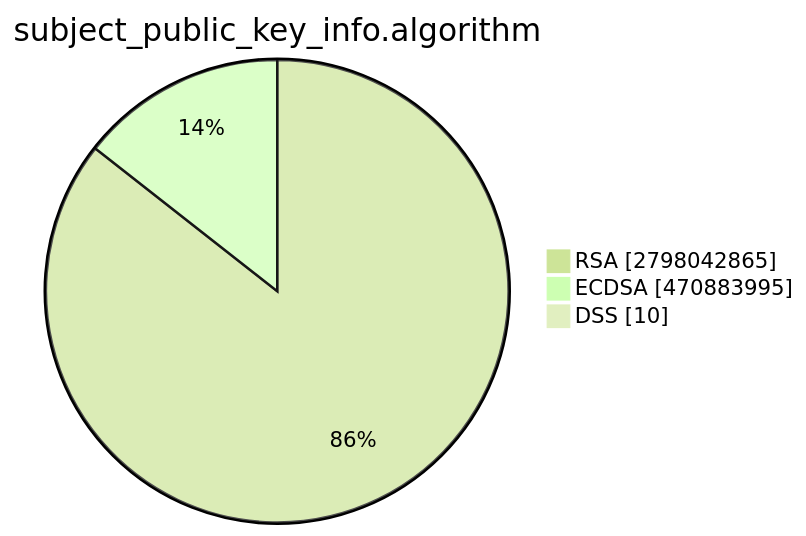
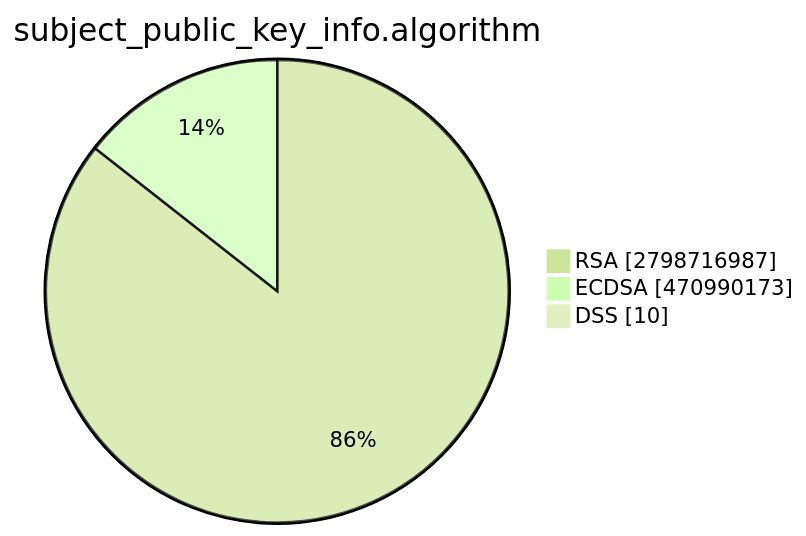
The second of 15 diagrams in TOTAL/README.md (christiankrug/ctmonitor_visualization), drawn with Mermaid (forest theme) before and after one commit. The commit also changed other lines of this file, not shown here.

````diff
--- a/TOTAL/README.md
+++ b/TOTAL/README.md
@@ -6,7 +6,7 @@
 ```mermaid
 pie showData
 title subject_public_key_info.algorithm
-"RSA" :2798042865
-"ECDSA" :470883995
+"RSA" :2798716987
+"ECDSA" :470990173
 "DSS" :10
 ```
````
